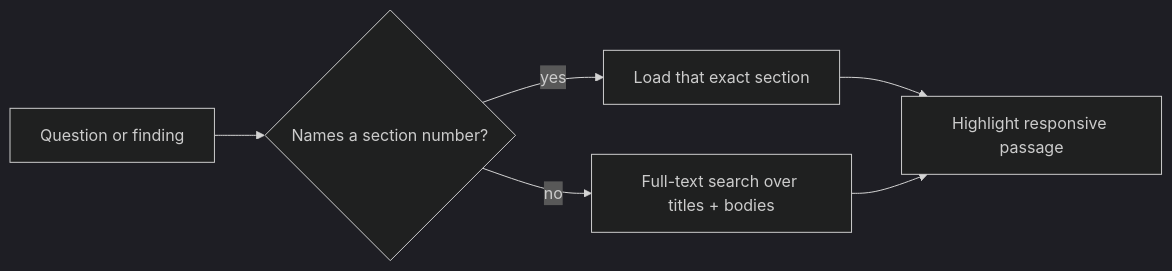
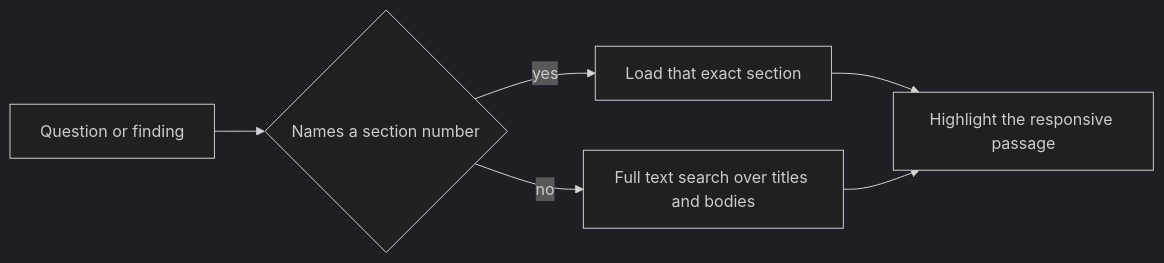
The third of 4 diagrams in README.md (aaravmin/Pincite), drawn with Mermaid (dark theme) before and after one commit. The commit also changed other lines of this file and 29 other files, not shown here.

````diff
--- a/README.md
+++ b/README.md
@@ -67,8 +72,8 @@
 ```mermaid
 flowchart LR
-  A[Question or finding] --> B{Names a section number?}
+  A[Question or finding] --> B{Names a section number}
   B -->|yes| C[Load that exact section]
-  B -->|no| D[Full-text search over titles + bodies]
-  C --> E[Highlight responsive passage]
+  B -->|no| D[Full text search over titles and bodies]
+  C --> E[Highlight the responsive passage]
   D --> E
 ```
````
